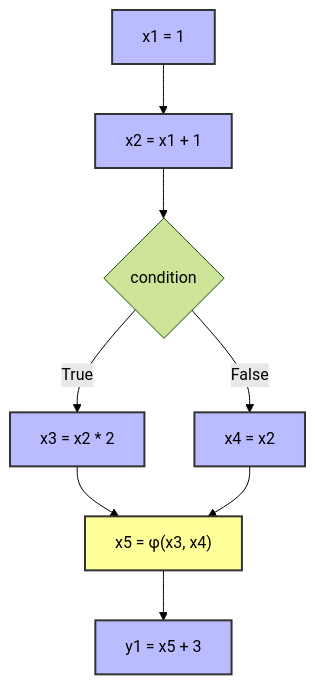
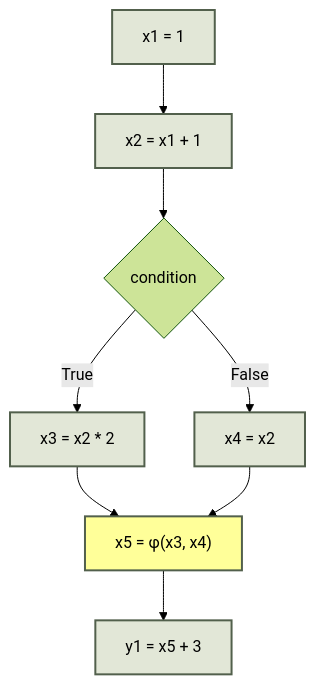
The fifth of 18 diagrams in static-analysis-guide/compile-ssa-form.mdx (yaklang/ssa.to), drawn with Mermaid (forest theme) before and after one commit. The commit also changed other lines of this file and 91 other files, not shown here.

````diff
--- a/static-analysis-guide/compile-ssa-form.mdx
+++ b/static-analysis-guide/compile-ssa-form.mdx
@@ -382,16 +366,16 @@
 ```mermaid
 graph TD
     A1[x1 = 1] --> A2[x2 = x1 + 1]
     A2 --> B{condition}
     B -->|True| C1[x3 = x2 * 2]
     B -->|False| C2[x4 = x2]
     C1 & C2 --> D["x5 = φ(x3, x4)"]
     D --> E[y1 = x5 + 3]
 
-    style A1 fill:#bbf,stroke:#333,stroke-width:2px
-    style A2 fill:#bbf,stroke:#333,stroke-width:2px
-    style C1 fill:#bbf,stroke:#333,stroke-width:2px
-    style C2 fill:#bbf,stroke:#333,stroke-width:2px
-    style D fill:#ff9,stroke:#333,stroke-width:2px
-    style E fill:#bbf,stroke:#333,stroke-width:2px
+    style A1 fill:#e2e7d7,stroke:#52604c,stroke-width:2px
+    style A2 fill:#e2e7d7,stroke:#52604c,stroke-width:2px
+    style C1 fill:#e2e7d7,stroke:#52604c,stroke-width:2px
+    style C2 fill:#e2e7d7,stroke:#52604c,stroke-width:2px
+    style D fill:#ff9,stroke:#52604c,stroke-width:2px
+    style E fill:#e2e7d7,stroke:#52604c,stroke-width:2px
 ```
````
